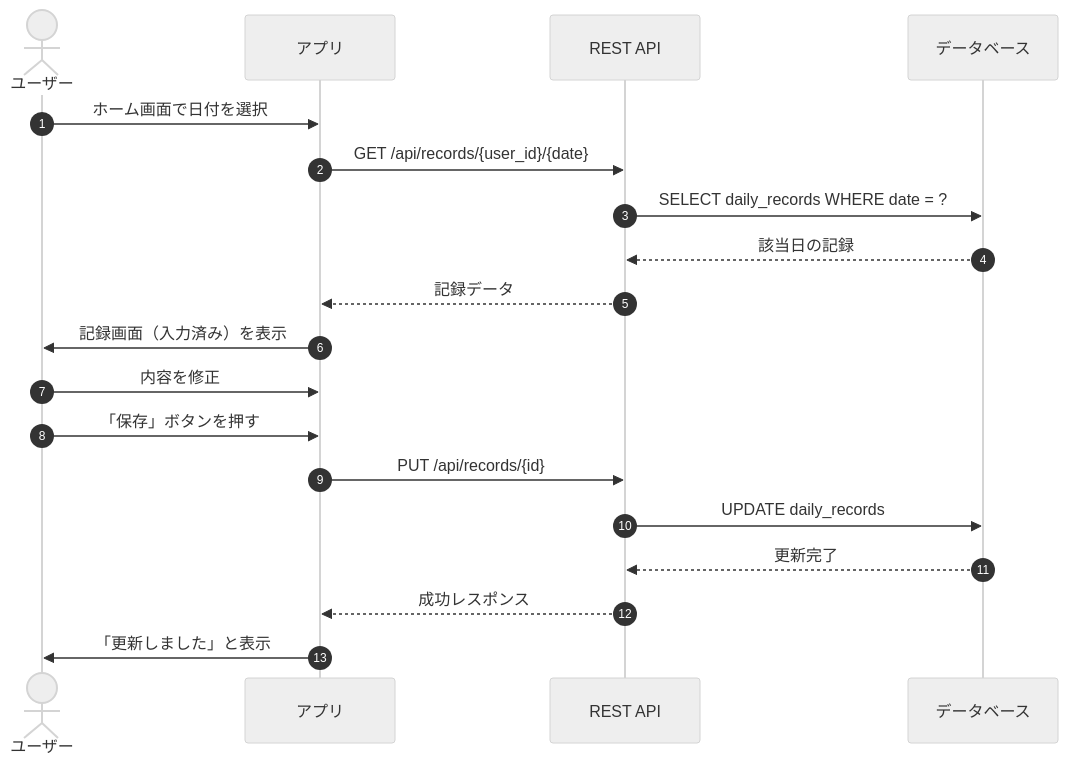
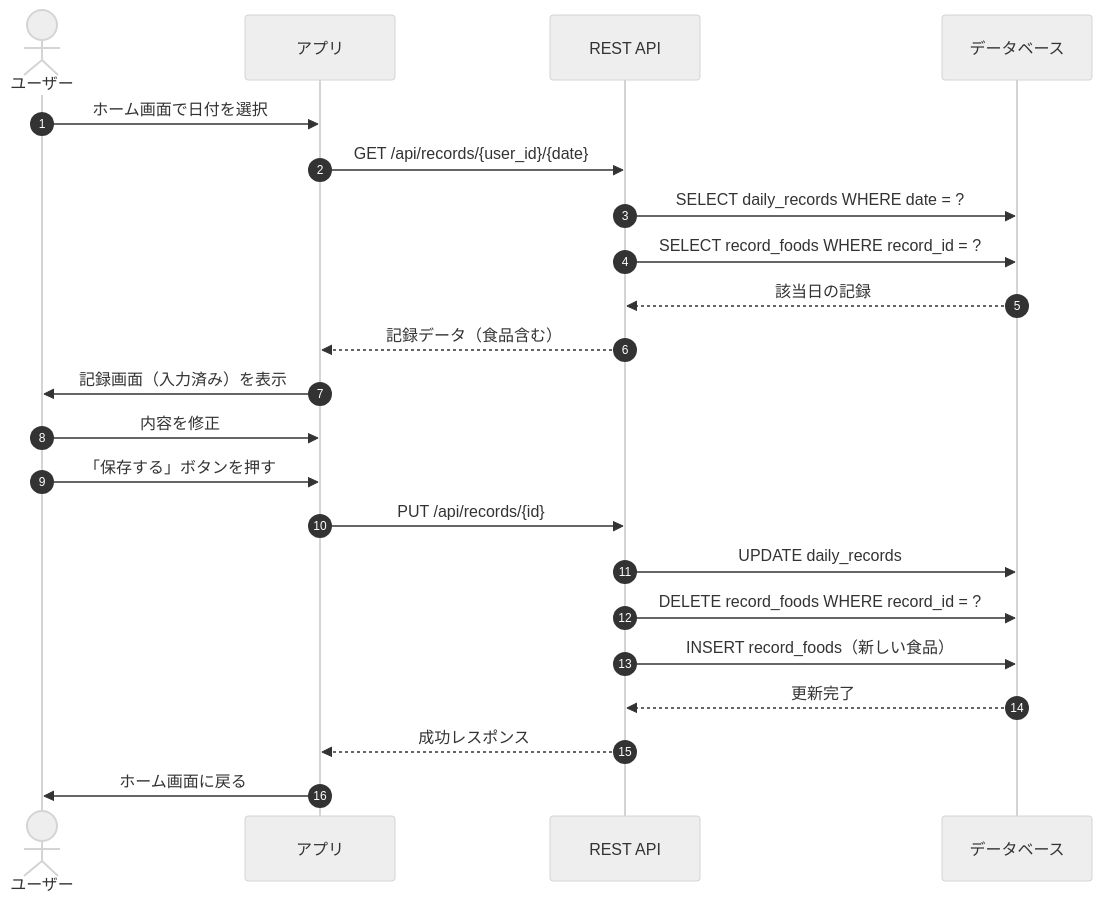
One commit to Syota622/TriggerSearch changed the seventh of 11 diagrams in document/APP/sequence.md. Above: the diagram before and after it, drawn with Mermaid (neutral theme). The commit also changed other lines of this file and 3 other files, not shown here.

````diff
--- a/document/APP/sequence.md
+++ b/document/APP/sequence.md
@@ -99,27 +192,30 @@
 ```mermaid
 sequenceDiagram
     autonumber
     actor User as ユーザー
     participant App as アプリ
     participant API as REST API
     participant DB as データベース
 
     User->>App: ホーム画面で日付を選択
     
     App->>API: GET /api/records/{user_id}/{date}
     API->>DB: SELECT daily_records WHERE date = ?
+    API->>DB: SELECT record_foods WHERE record_id = ?
     DB-->>API: 該当日の記録
-    API-->>App: 記録データ
+    API-->>App: 記録データ（食品含む）
     
     App->>User: 記録画面（入力済み）を表示
     
     User->>App: 内容を修正
-    User->>App: 「保存」ボタンを押す
+    User->>App: 「保存する」ボタンを押す
     
     App->>API: PUT /api/records/{id}
     API->>DB: UPDATE daily_records
+    API->>DB: DELETE record_foods WHERE record_id = ?
+    API->>DB: INSERT record_foods（新しい食品）
     DB-->>API: 更新完了
     API-->>App: 成功レスポンス
     
-    App->>User: 「更新しました」と表示
+    App->>User: ホーム画面に戻る
 ```
````
